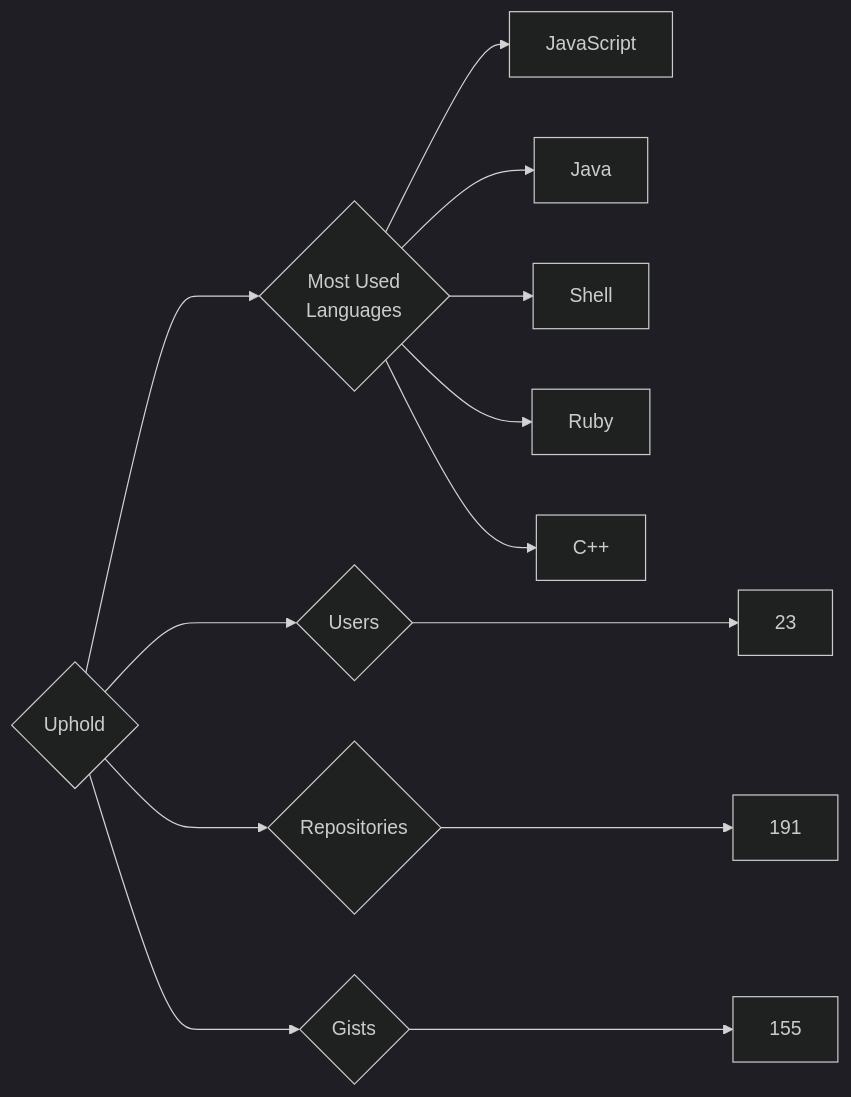
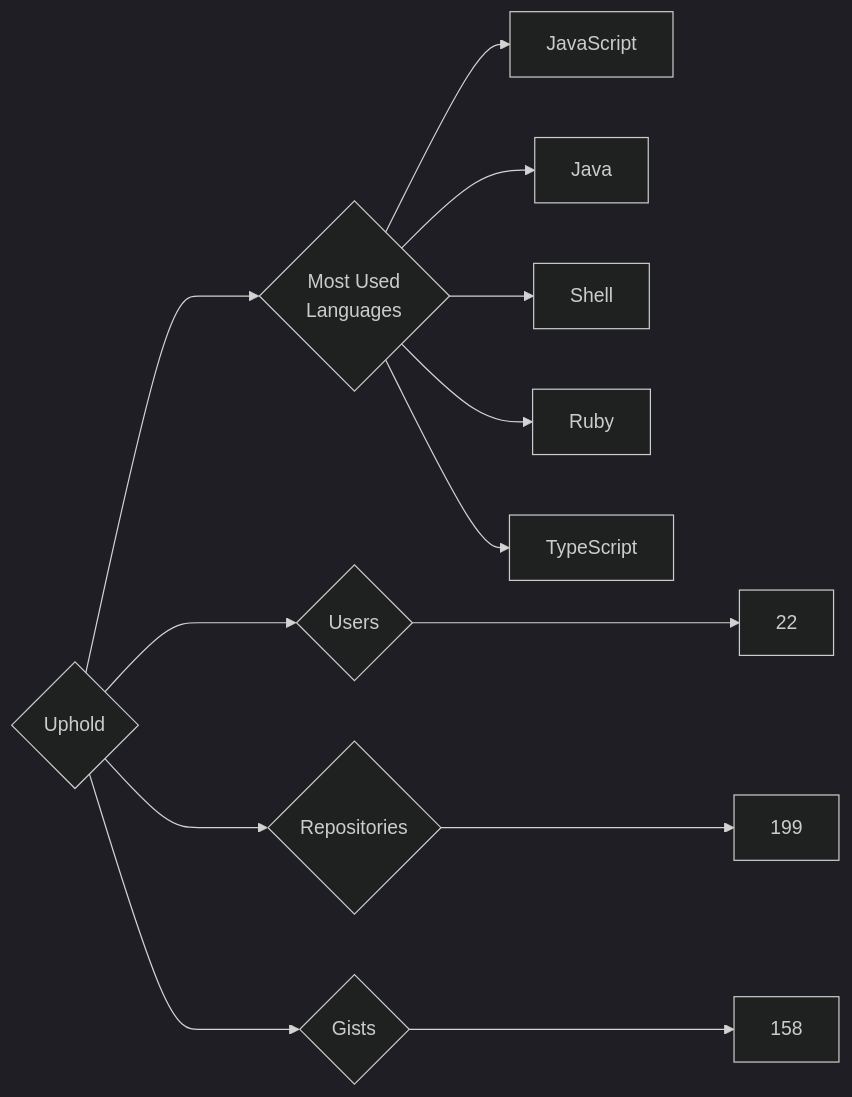
Before and after one commit to trickest/insiders: the diagram in targets/Uphold/README.md, drawn with Mermaid (dark theme). The commit also changed 728 other files, not shown here.

````diff
--- a/targets/Uphold/README.md
+++ b/targets/Uphold/README.md
@@ -3,13 +3,13 @@
 ```mermaid
 graph LR
 COMPANY_NAME{Uphold}
-COMPANY_NAME ---> U{Users} ---> UN[23]
-COMPANY_NAME ---> R{Repositories} ---> RN[191]
-COMPANY_NAME ---> G{Gists} ---> GN[155]
+COMPANY_NAME ---> U{Users} ---> UN[22]
+COMPANY_NAME ---> R{Repositories} ---> RN[199]
+COMPANY_NAME ---> G{Gists} ---> GN[158]
 COMPANY_NAME ---> ML{Most Used<br>Languages}
 ML --> JavaScript[JavaScript]
 ML --> Java[Java]
 ML --> Shell[Shell]
 ML --> Ruby[Ruby]
-ML --> C++[C++]
+ML --> TypeScript[TypeScript]
 ```
````
